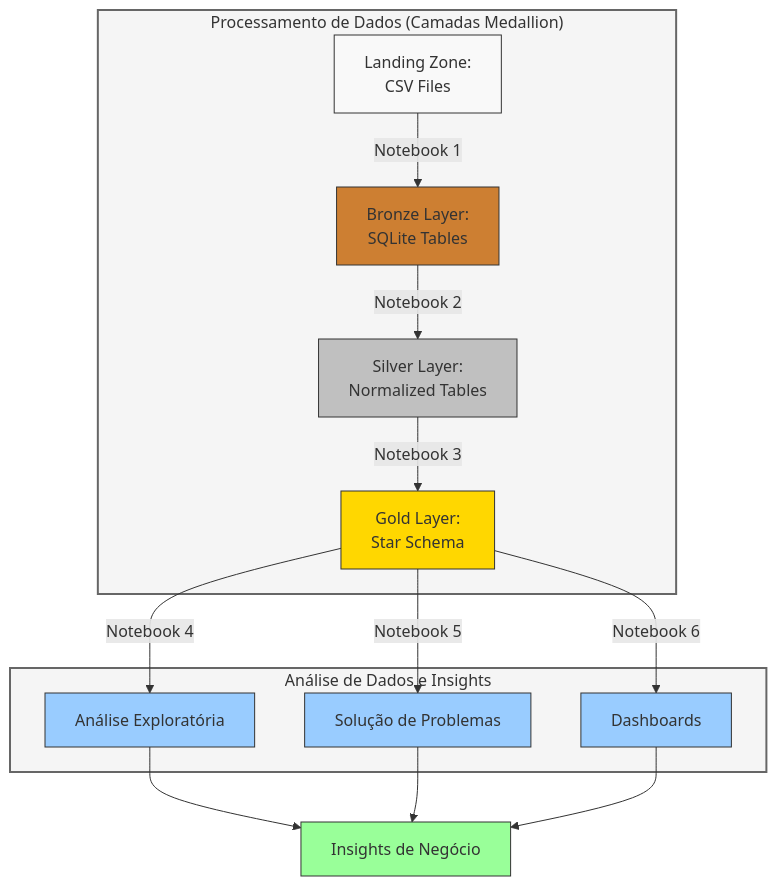
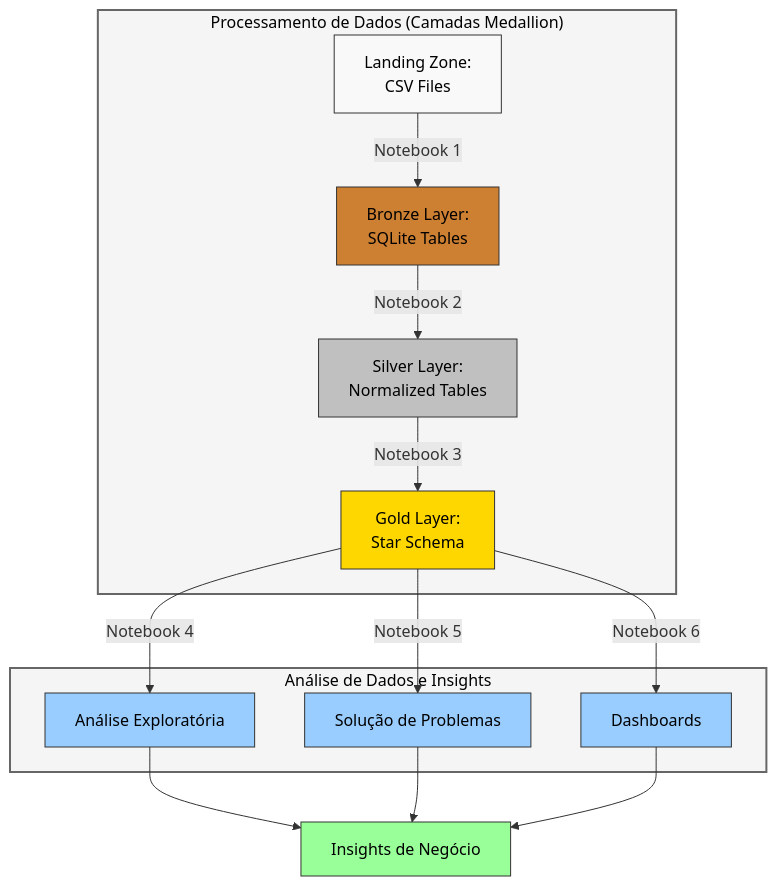
Before and after one commit to RenanOliveira04/data_engineering: the fourth of 5 diagrams in README.md, drawn with Mermaid. The commit also changed other lines of this file, not shown here.

Commit message:
Melhorando a visualização dos diagramas Mermaid no README

````diff
--- a/README.md
+++ b/README.md
@@ -120,29 +132,29 @@
 ```mermaid
 flowchart TD
     subgraph Processing ["Processamento de Dados (Camadas Medallion)"]
         A[Landing Zone:<br>CSV Files] -->|Notebook 1| B[Bronze Layer:<br>SQLite Tables]
         B -->|Notebook 2| C[Silver Layer:<br>Normalized Tables]
         C -->|Notebook 3| D[Gold Layer:<br>Star Schema]
     end
     
     subgraph Analysis ["Análise de Dados e Insights"]
         D -->|Notebook 4| E[Análise Exploratória]
         D -->|Notebook 5| F[Solução de Problemas]
         D -->|Notebook 6| G[Dashboards]
     end
     
     E --> H[Insights de Negócio]
     F --> H
     G --> H
     
-    style A fill:#f9f9f9,stroke:#333,stroke-width:1px
-    style B fill:#cd7f32,stroke:#333,stroke-width:1px
-    style C fill:#c0c0c0,stroke:#333,stroke-width:1px
-    style D fill:#ffd700,stroke:#333,stroke-width:1px
-    style E fill:#99ccff,stroke:#333,stroke-width:1px
-    style F fill:#99ccff,stroke:#333,stroke-width:1px
-    style G fill:#99ccff,stroke:#333,stroke-width:1px
-    style H fill:#99ff99,stroke:#333,stroke-width:1px
-    style Processing fill:#f5f5f5,stroke:#666,stroke-width:2px
-    style Analysis fill:#f5f5f5,stroke:#666,stroke-width:2px
+    style A fill:#f9f9f9,stroke:#333,stroke-width:1px,color:#000
+    style B fill:#cd7f32,stroke:#333,stroke-width:1px,color:#000
+    style C fill:#c0c0c0,stroke:#333,stroke-width:1px,color:#000
+    style D fill:#ffd700,stroke:#333,stroke-width:1px,color:#000
+    style E fill:#99ccff,stroke:#333,stroke-width:1px,color:#000
+    style F fill:#99ccff,stroke:#333,stroke-width:1px,color:#000
+    style G fill:#99ccff,stroke:#333,stroke-width:1px,color:#000
+    style H fill:#99ff99,stroke:#333,stroke-width:1px,color:#000
+    style Processing fill:#f5f5f5,stroke:#666,stroke-width:2px,color:#000
+    style Analysis fill:#f5f5f5,stroke:#666,stroke-width:2px,color:#000
 ```
````
